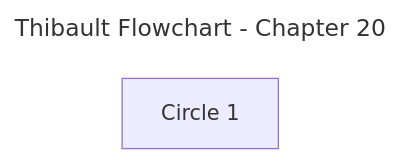
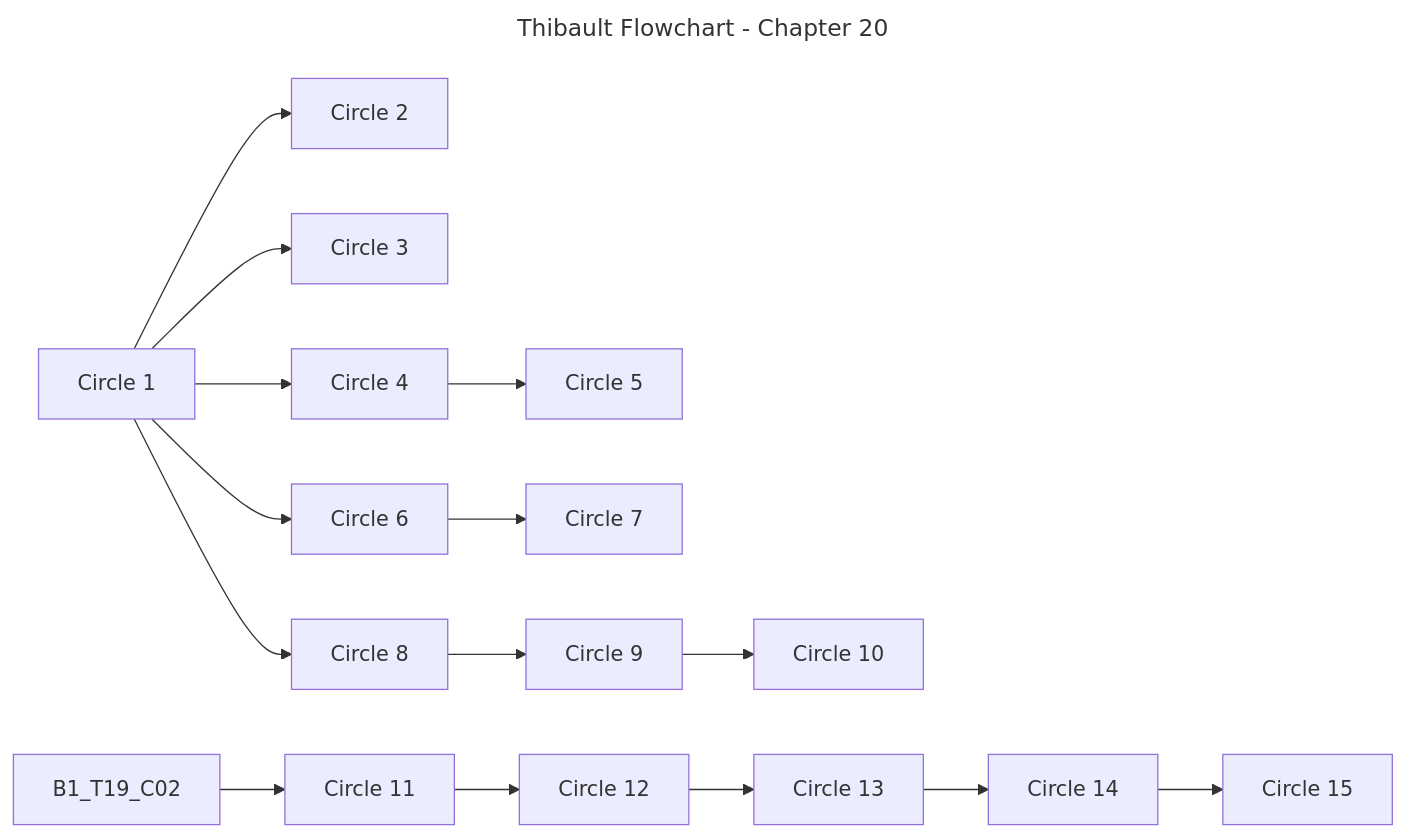
The diagram in flowchart-per-chapter/chapter-20.mmd (aquesnel/thibault-flowchart), drawn with Mermaid before and after one commit.

Commit message:
feat(ch20): initial flowchart of the circles

```diff
--- a/flowchart-per-chapter/chapter-20.mmd
+++ b/flowchart-per-chapter/chapter-20.mmd
@@ -1,10 +1,41 @@
 ---
 title: Thibault Flowchart - Chapter 20
 config:
   layout: dagre
   flowchart:
     htmlLabels: false
 ---
 flowchart LR
 	%% Nodes
+	B1_T19_C02
 	B1_T20_C01["Circle 1"]
+	B1_T20_C02["Circle 2"]
+	B1_T20_C03["Circle 3"]
+	B1_T20_C04["Circle 4"]
+	B1_T20_C05["Circle 5"]
+	B1_T20_C06["Circle 6"]
+	B1_T20_C07["Circle 7"]
+	B1_T20_C08["Circle 8"]
+	B1_T20_C09["Circle 9"]
+	B1_T20_C10["Circle 10"]
+	B1_T20_C11["Circle 11"]
+	B1_T20_C12["Circle 12"]
+	B1_T20_C13["Circle 13"]
+	B1_T20_C14["Circle 14"]
+	B1_T20_C15["Circle 15"]
+
+	%% Edges
+	B1_T20_C01 --> B1_T20_C02
+	B1_T20_C01 --> B1_T20_C03
+	B1_T20_C01 --> B1_T20_C04
+	B1_T20_C04 --> B1_T20_C05
+	B1_T20_C01 --> B1_T20_C06
+	B1_T20_C06 --> B1_T20_C07
+	B1_T20_C01 --> B1_T20_C08
+	B1_T20_C08 --> B1_T20_C09
+	B1_T20_C09 --> B1_T20_C10
+	B1_T19_C02 --> B1_T20_C11
+	B1_T20_C11 --> B1_T20_C12
+	B1_T20_C12 --> B1_T20_C13
+	B1_T20_C13 --> B1_T20_C14
+	B1_T20_C14 --> B1_T20_C15
```
